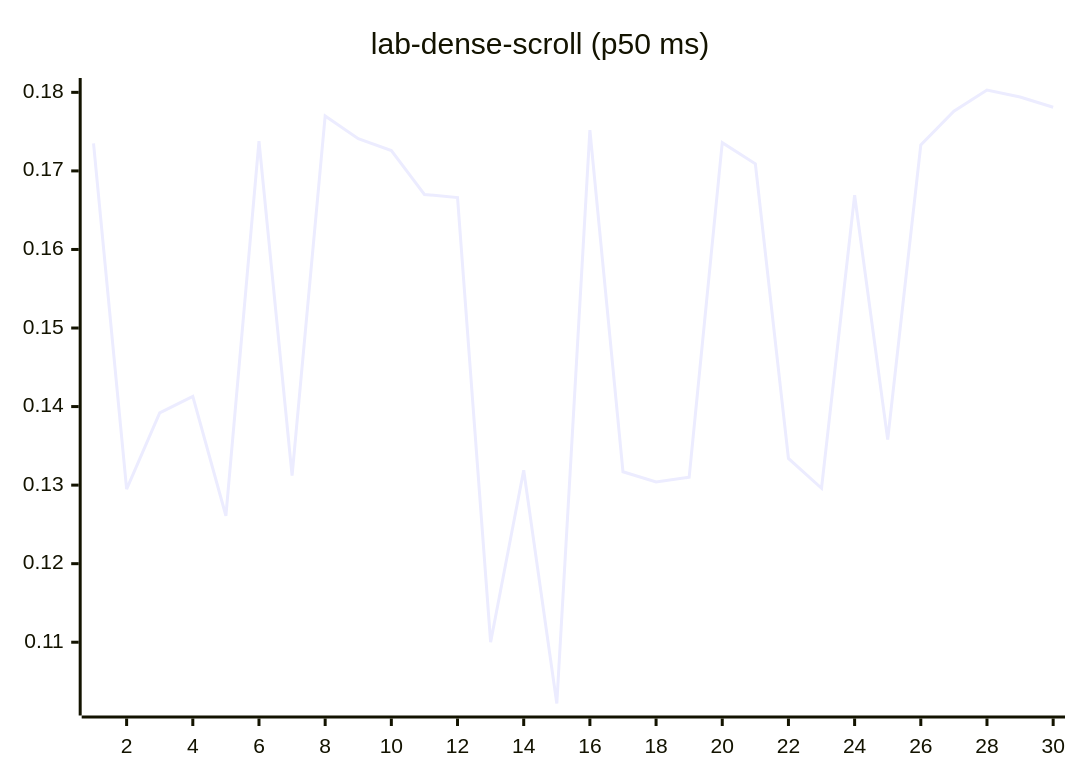
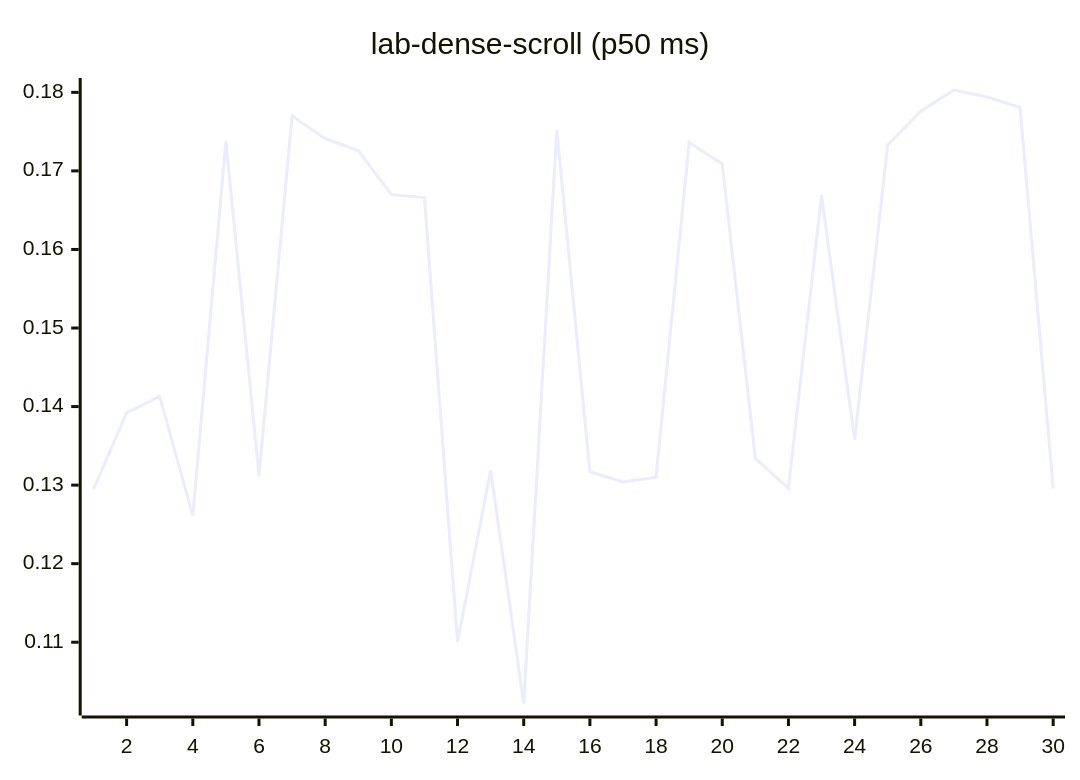
Before and after one commit to josha/Facet: diagram 12 of 27 in README.md, drawn with Mermaid. The commit also changed other lines of this file and 2 other files, not shown here.

````diff
--- a/README.md
+++ b/README.md
@@ -140,6 +140,6 @@
 ```mermaid
 xychart-beta
     title "lab-dense-scroll (p50 ms)"
     x-axis 1 --> 30
-    line [0.1735, 0.1295, 0.1392, 0.1413, 0.1261, 0.1738, 0.1312, 0.1770, 0.1741, 0.1726, 0.1670, 0.1666, 0.1100, 0.1319, 0.1022, 0.1752, 0.1317, 0.1304, 0.1310, 0.1736, 0.1709, 0.1334, 0.1296, 0.1669, 0.1358, 0.1733, 0.1776, 0.1803, 0.1794, 0.1781]
+    line [0.1295, 0.1392, 0.1413, 0.1261, 0.1738, 0.1312, 0.1770, 0.1741, 0.1726, 0.1670, 0.1666, 0.1100, 0.1319, 0.1022, 0.1752, 0.1317, 0.1304, 0.1310, 0.1736, 0.1709, 0.1334, 0.1296, 0.1669, 0.1358, 0.1733, 0.1776, 0.1803, 0.1794, 0.1781, 0.1296]
 ```
````
